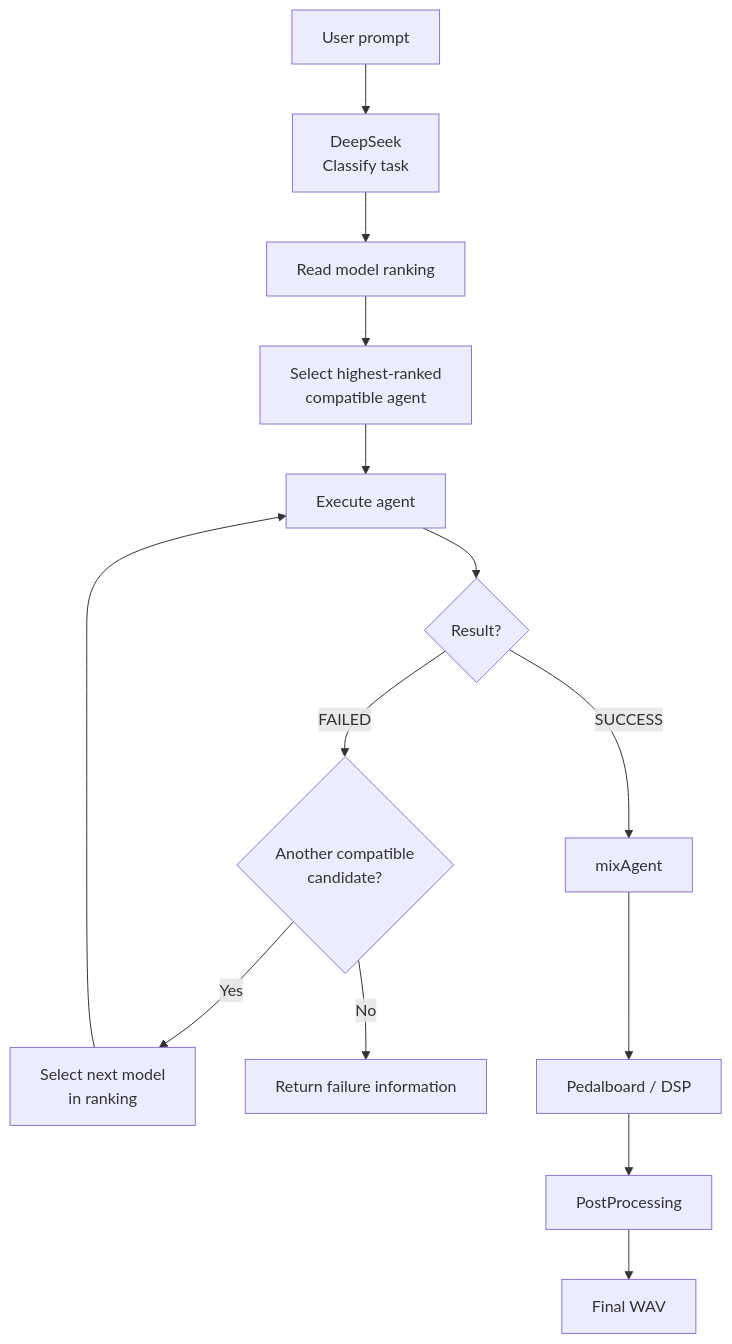
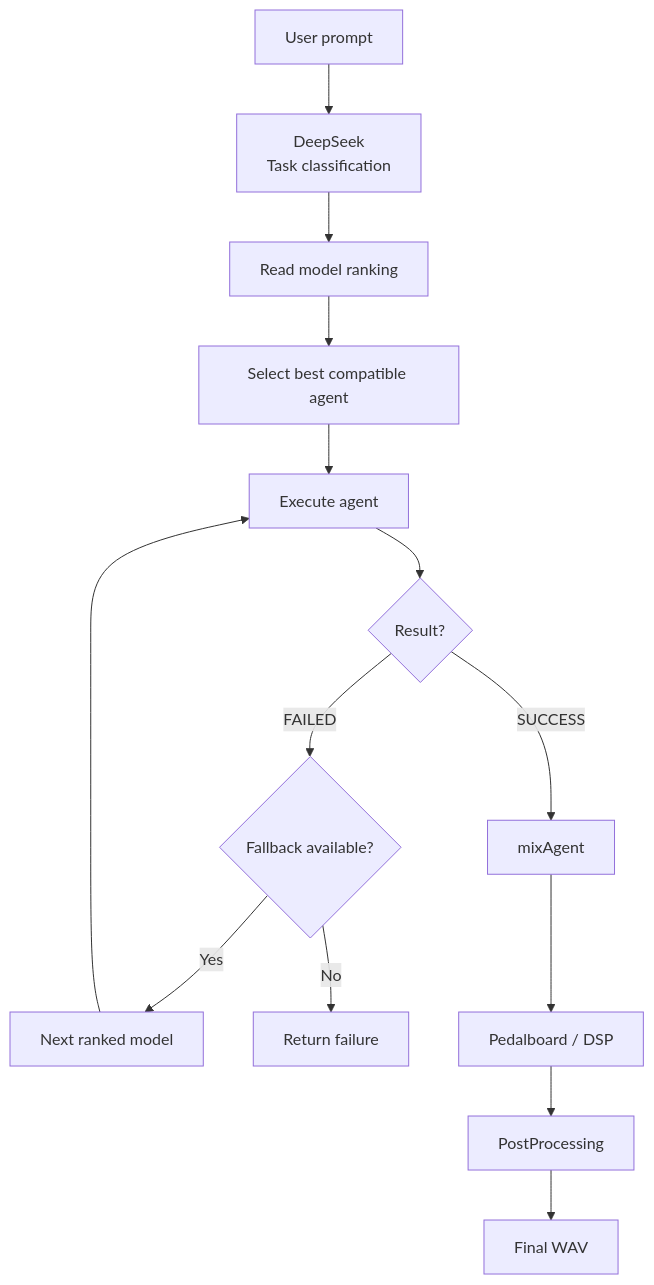
One commit to wgrzyb271/SoundCraft changed the fifth of 10 diagrams in README.md. Above: the diagram before and after it, drawn with Mermaid. The commit also changed other lines of this file, not shown here.

````diff
--- a/README.md
+++ b/README.md
@@ -371,30 +184,23 @@
 ```mermaid
 flowchart TD
     P["User prompt"]
-
-    P --> C["DeepSeek<br/>Classify task"]
+    P --> C["DeepSeek<br/>Task classification"]
 
     C --> R["Read model ranking"]
-
-    R --> A["Select highest-ranked<br/>compatible agent"]
+    R --> A["Select best compatible agent"]
 
     A --> RUN["Execute agent"]
-
     RUN --> Q{"Result?"}
 
     Q -->|"SUCCESS"| MIX["mixAgent"]
+    Q -->|"FAILED"| F{"Fallback available?"}
 
-    Q -->|"FAILED"| F{"Another compatible<br/>candidate?"}
-
-    F -->|"Yes"| NEXT["Select next model<br/>in ranking"]
-
+    F -->|"Yes"| NEXT["Next ranked model"]
     NEXT --> RUN
 
-    F -->|"No"| ERR["Return failure information"]
+    F -->|"No"| ERR["Return failure"]
 
     MIX --> DSP["Pedalboard / DSP"]
-
     DSP --> PP["PostProcessing"]
-
     PP --> OUT["Final WAV"]
 ```
````
